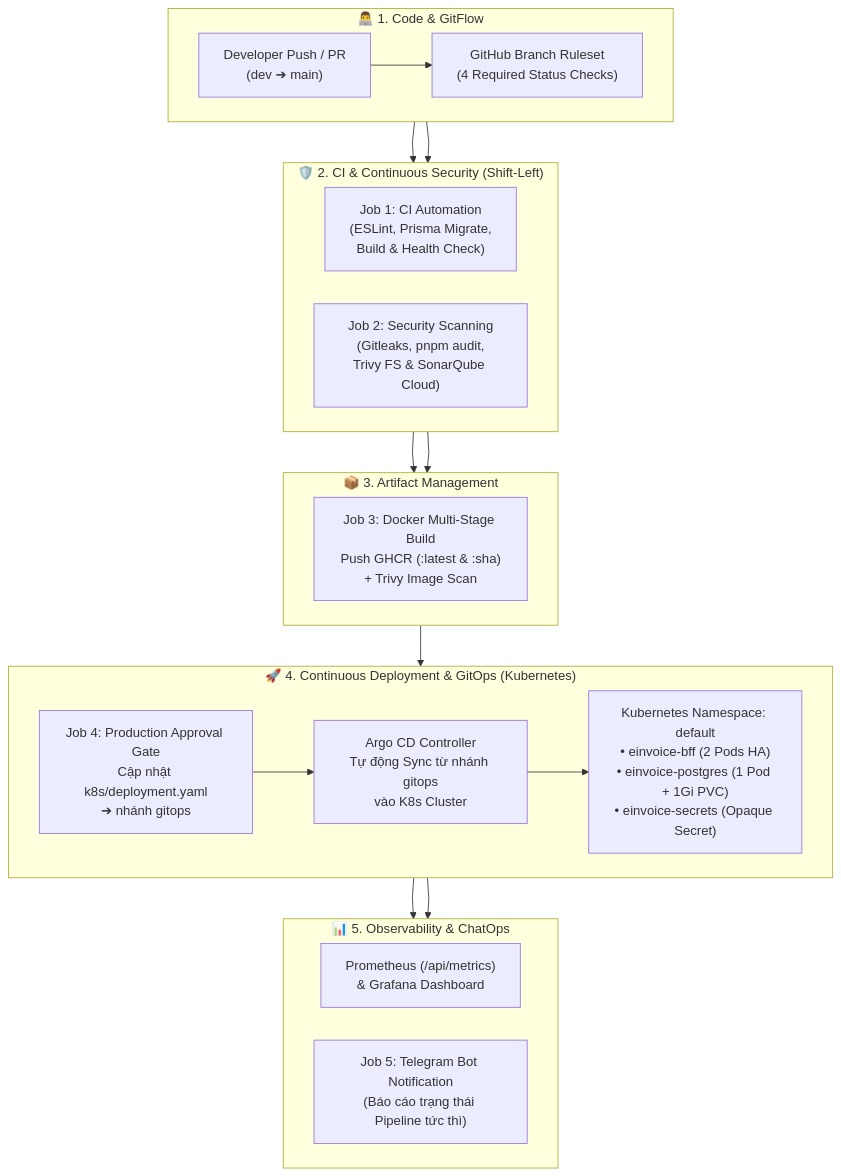
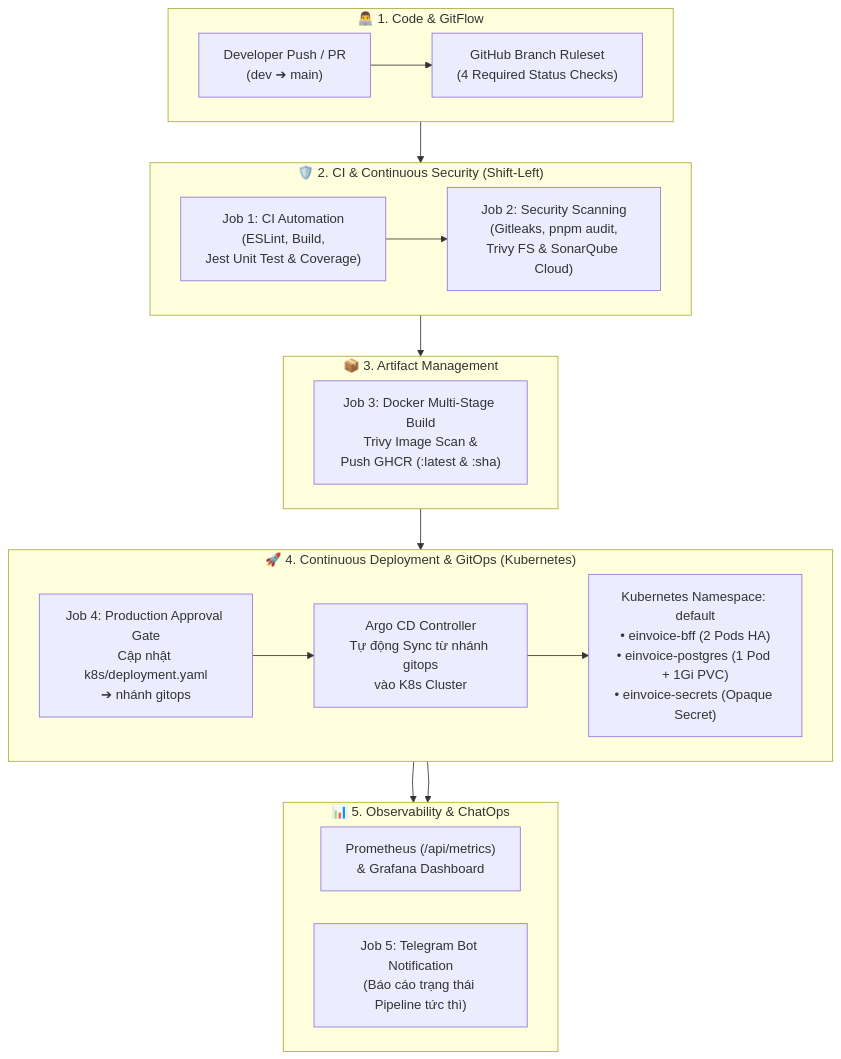
Before and after one commit to snowyy16/e-invoice: the diagram in README.md, drawn with Mermaid. The commit also changed other lines of this file and 10 other files, not shown here.

````diff
--- a/README.md
+++ b/README.md
@@ -16,42 +16,41 @@
 ```mermaid
 %%{init: {"flowchart": {"curve": "linear", "nodeSpacing": 40, "rankSpacing": 50}} }%%
 flowchart TB
     subgraph DEV["👨‍💻 1. Code & GitFlow"]
         direction LR
         A["Developer Push / PR<br/>(dev ➔ main)"] --> B["GitHub Branch Ruleset<br/>(4 Required Status Checks)"]
     end
 
     subgraph CI_SEC["🛡️ 2. CI & Continuous Security (Shift-Left)"]
         direction LR
-        C["Job 1: CI Automation<br/>(ESLint, Prisma Migrate,<br/>Build & Health Check)"]
+        C["Job 1: CI Automation<br/>(ESLint, Build,<br/>Jest Unit Test & Coverage)"]
         D["Job 2: Security Scanning<br/>(Gitleaks, pnpm audit,<br/>Trivy FS & SonarQube Cloud)"]
     end
 
     subgraph ARTIFACT["📦 3. Artifact Management"]
         direction LR
-        E["Job 3: Docker Multi-Stage Build<br/>Push GHCR (:latest & :sha)<br/>+ Trivy Image Scan"]
+        E["Job 3: Docker Multi-Stage Build<br/>Trivy Image Scan &<br/>Push GHCR (:latest & :sha)"]
     end
 
     subgraph CD_GITOPS["🚀 4. Continuous Deployment & GitOps (Kubernetes)"]
         direction LR
         F["Job 4: Production Approval Gate<br/>Cập nhật k8s/deployment.yaml<br/>➔ nhánh gitops"]
         G["Argo CD Controller<br/>Tự động Sync từ nhánh gitops<br/>vào K8s Cluster"]
         H["Kubernetes Namespace: default<br/>• einvoice-bff (2 Pods HA)<br/>• einvoice-postgres (1 Pod + 1Gi PVC)<br/>• einvoice-secrets (Opaque Secret)"]
         F --> G --> H
     end
 
     subgraph OBS["📊 5. Observability & ChatOps"]
         direction LR
         I["Prometheus (/api/metrics)<br/>& Grafana Dashboard"]
         J["Job 5: Telegram Bot Notification<br/>(Báo cáo trạng thái Pipeline tức thì)"]
     end
 
     %% Luồng chính
     B --> C
-    B --> D
-    C --> E
+    C --> D
     D --> E
     E --> F
     H --> I
     F --> J
 ```
````
